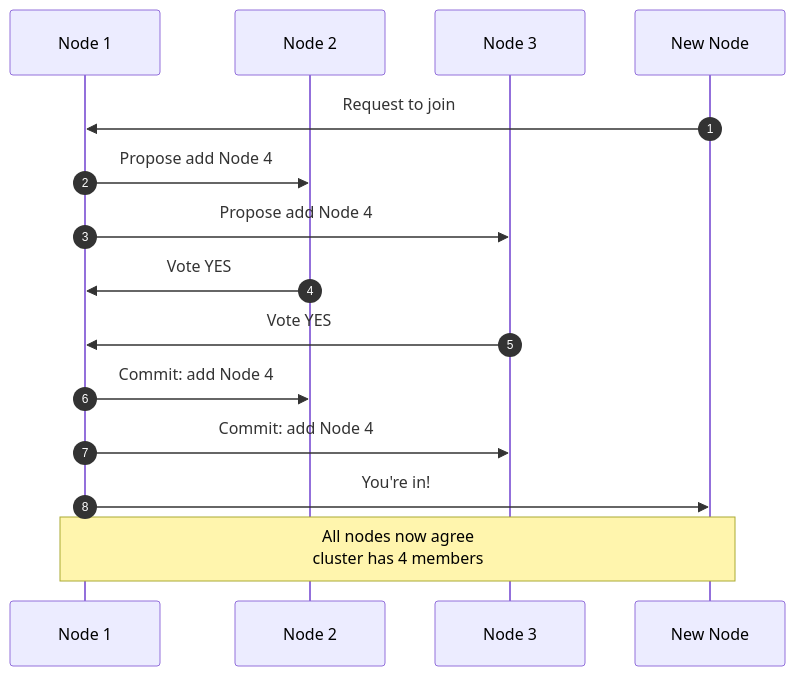
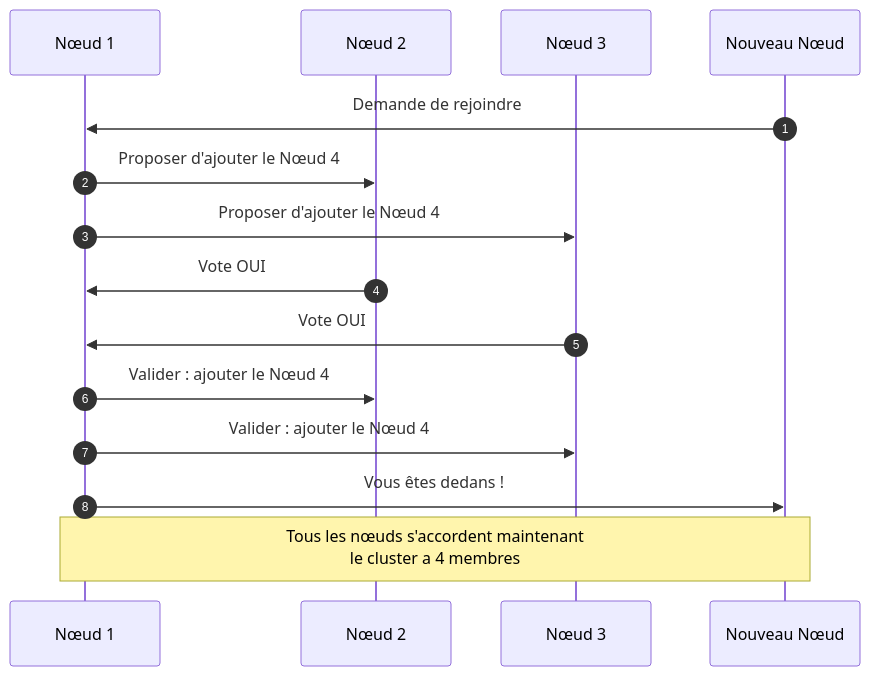
The seventh of 9 diagrams in src/consensus/11-what-is-consensus.md (dardourimohamed/distributed-systems-course), drawn with Mermaid before and after one commit. The commit also changed other lines of this file and 38 other files, not shown here.

````diff
--- a/src/consensus/11-what-is-consensus.md
+++ b/src/consensus/11-what-is-consensus.md
@@ -220,21 +224,21 @@
 ```mermaid
 sequenceDiagram
     autonumber
-    participant N1 as Node 1
-    participant N2 as Node 2
-    participant N3 as Node 3
-    participant N4 as New Node
+    participant N1 as Nœud 1
+    participant N2 as Nœud 2
+    participant N3 as Nœud 3
+    participant N4 as Nouveau Nœud
 
-    N4->>N1: Request to join
-    N1->>N2: Propose add Node 4
-    N1->>N3: Propose add Node 4
+    N4->>N1: Demande de rejoindre
+    N1->>N2: Proposer d'ajouter le Nœud 4
+    N1->>N3: Proposer d'ajouter le Nœud 4
 
-    N2->>N1: Vote YES
-    N3->>N1: Vote YES
+    N2->>N1: Vote OUI
+    N3->>N1: Vote OUI
 
-    N1->>N2: Commit: add Node 4
-    N1->>N3: Commit: add Node 4
-    N1->>N4: You're in!
+    N1->>N2: Valider : ajouter le Nœud 4
+    N1->>N3: Valider : ajouter le Nœud 4
+    N1->>N4: Vous êtes dedans !
 
-    Note over N1,N4: All nodes now agree<br/>cluster has 4 members
+    Note over N1,N4: Tous les nœuds s'accordent maintenant<br/>le cluster a 4 membres
 ```
````
